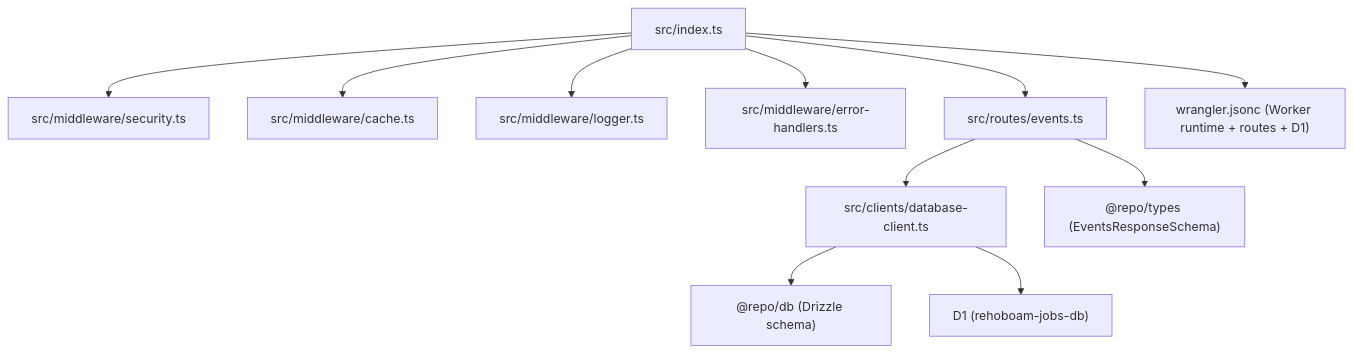
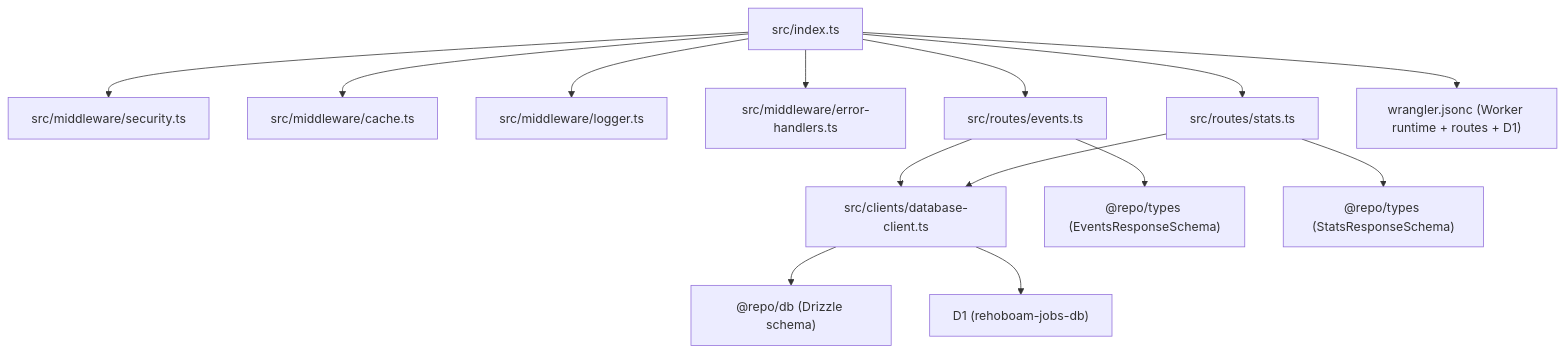
One commit to valuecodes/Rehoboam-UI changed the second of 2 diagrams in apps/api/README.md. Above: the diagram before and after it, drawn with Mermaid. The commit also changed other lines of this file and 2 other files, not shown here.

````diff
--- a/apps/api/README.md
+++ b/apps/api/README.md
@@ -50,13 +90,16 @@
 ```mermaid
 flowchart TD
     IDX["src/index.ts"] --> SEC["src/middleware/security.ts"]
     IDX --> CACHE["src/middleware/cache.ts"]
     IDX --> LOG["src/middleware/logger.ts"]
     IDX --> ERR["src/middleware/error-handlers.ts"]
     IDX --> EVT["src/routes/events.ts"]
+    IDX --> STATS["src/routes/stats.ts"]
     EVT --> DBC["src/clients/database-client.ts"]
+    STATS --> DBC
     DBC --> DB["@repo/db (Drizzle schema)"]
     DBC --> D1["D1 (rehoboam-jobs-db)"]
     EVT --> TYPES["@repo/types (EventsResponseSchema)"]
+    STATS --> TYPES2["@repo/types (StatsResponseSchema)"]
     IDX --> CFG["wrangler.jsonc (Worker runtime + routes + D1)"]
 ```
````
